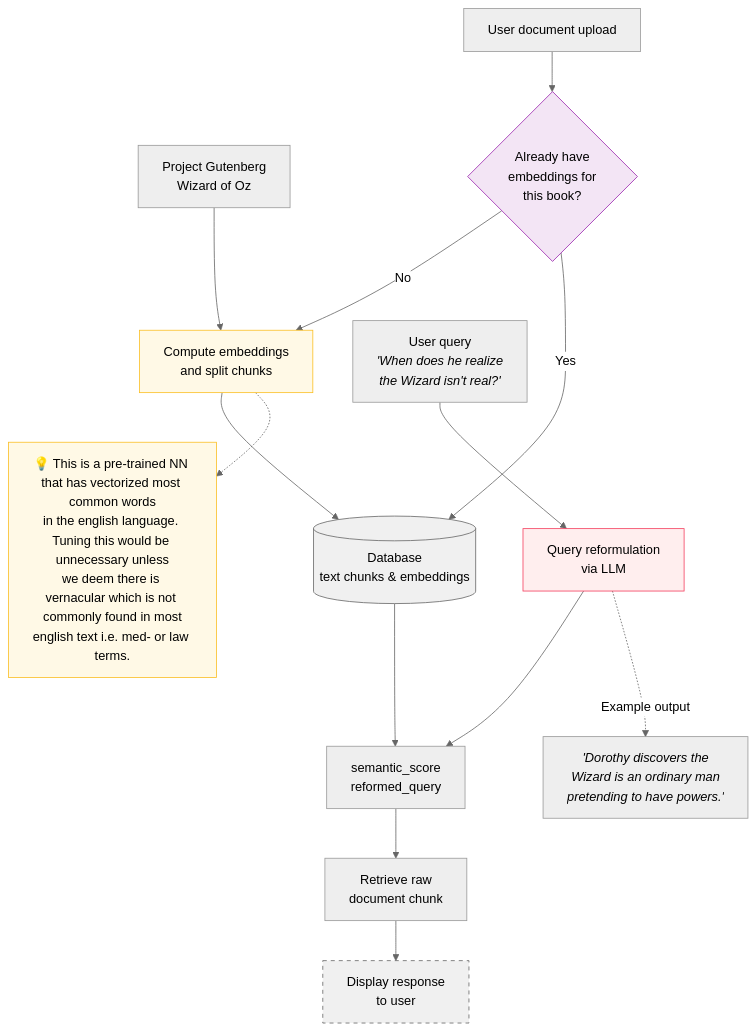
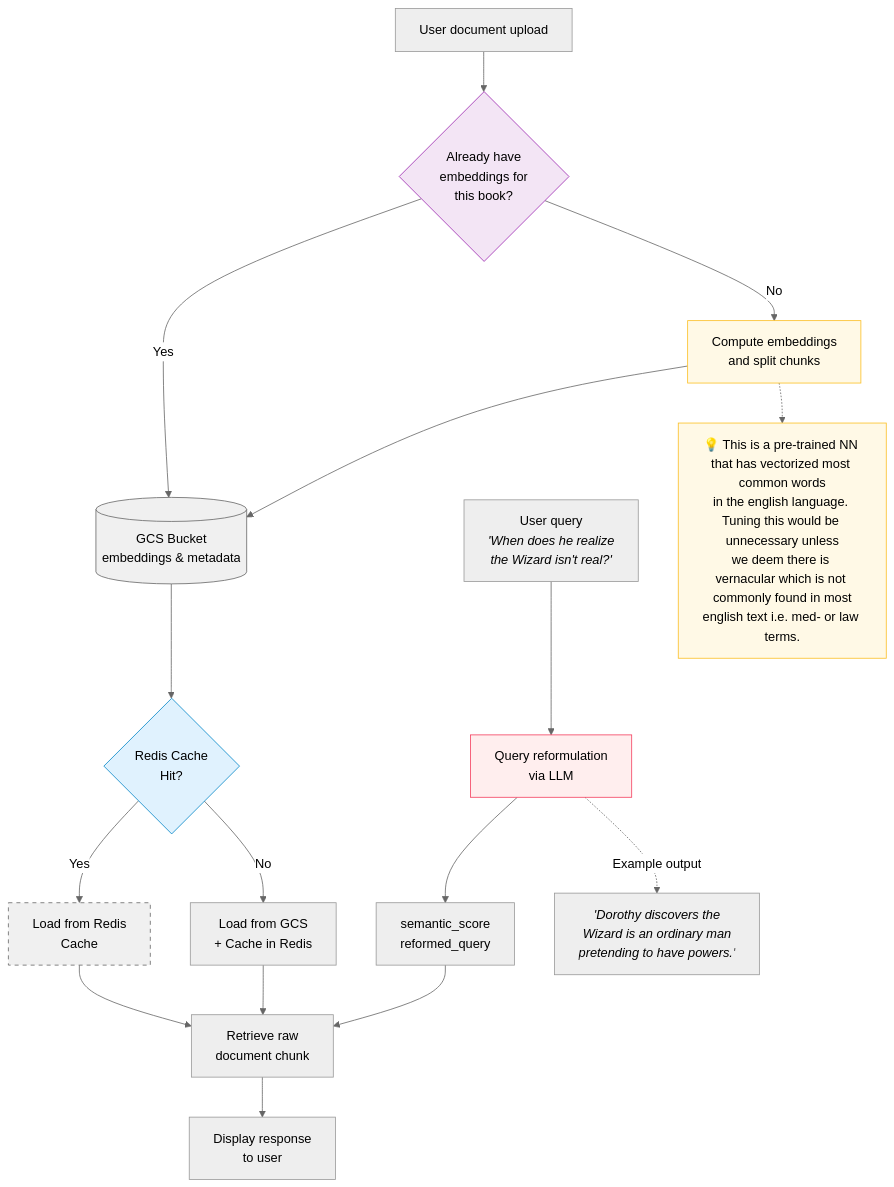
The diagram in README.md (zymoncone/readiscoverers-backend), drawn with Mermaid (neutral theme) before and after one commit. The commit also changed other lines of this file, not shown here.

````diff
--- a/README.md
+++ b/README.md
@@ -31,26 +52,33 @@
 ```mermaid
 flowchart TD
-    A[Project Gutenberg<br/>Wizard of Oz] --> B[Compute embeddings<br/>and split chunks]
+    B[Compute embeddings<br/>and split chunks]
     C[User document upload] --> D{Already have<br/>embeddings for<br/>this book?}
     D -->|No| B
-    D -->|Yes| E[(Database<br/>text chunks & embeddings)]
+    D -->|Yes| E[(GCS Bucket<br/>embeddings & metadata)]
     B --> E
 
     F[User query<br/><i>'When does he realize<br/>the Wizard isn't real?'</i>] --> G[Query reformulation<br/>via LLM]
     G --> H[semantic_score<br/>reformed_query]
-    E --> H
-    H --> I[Retrieve raw<br/>document chunk]
-    I --> J[Display response<br/>to user]
 
-    G -.->|Example output| K[<i>'Dorothy discovers the<br/>Wizard is an ordinary man<br/>pretending to have powers.'</i>]
+    E --> I{Redis Cache<br/>Hit?}
+    I -->|Yes| J[Load from Redis<br/>Cache]
+    I -->|No| K[Load from GCS<br/>+ Cache in Redis]
+
+    J --> L[Retrieve raw<br/>document chunk]
+    K --> L
+    H --> L
+    L --> M[Display response<br/>to user]
+
+    G -.->|Example output| N[<i>'Dorothy discovers the<br/>Wizard is an ordinary man<br/>pretending to have powers.'</i>]
 
     style B fill:#fff9e6,stroke:#fbbf24,color:#000
     style D fill:#f3e5f5,stroke:#9c27b0,color:#000
     style G fill:#fee,stroke:#f43f5e,color:#000
+    style I fill:#e0f2fe,stroke:#0284c7,color:#000
     style E fill:#f0f0f0,stroke:#666,color:#000
     style J fill:#f0f0f0,stroke:#666,stroke-dasharray: 5 5,color:#000
 
     note1[💡 This is a pre-trained NN that has vectorized most common words<br/>in the english language. Tuning this would be unnecessary unless<br/>we deem there is vernacular which is not commonly found in most<br/>english text i.e. med- or law terms.]
     B -.-> note1
     style note1 fill:#fff9e6,stroke:#fbbf24,color:#000
 ```
````
